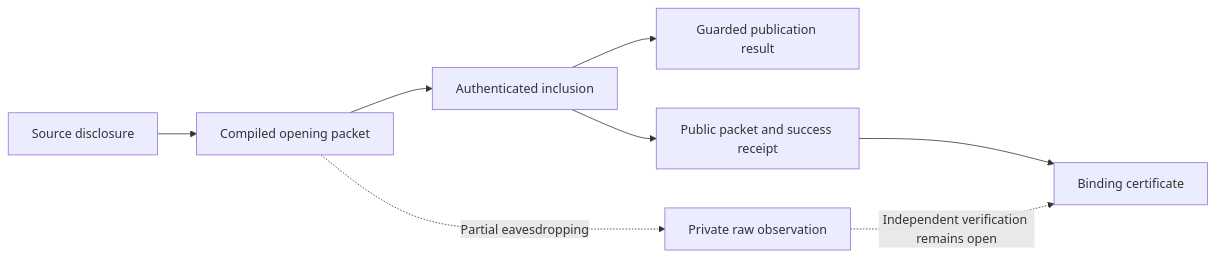
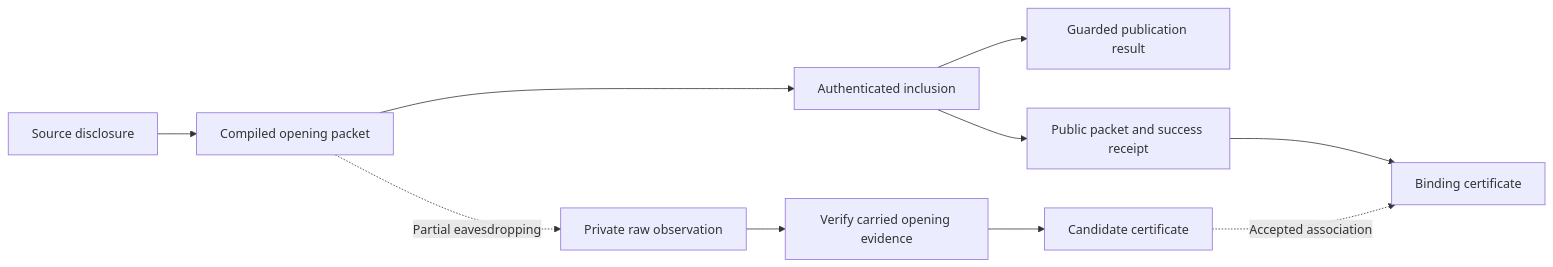
Before and after one commit to elazarg/VegasCore: the diagram in docs/ambient-communication.md, drawn with Mermaid. The commit also changed other lines of this file and 80 other files, not shown here.

````diff
--- a/docs/ambient-communication.md
+++ b/docs/ambient-communication.md
@@ -224,10 +224,12 @@
 ```mermaid
 flowchart LR
     A[Source disclosure] --> B[Compiled opening packet]
     B --> C[Authenticated inclusion]
     C --> D[Guarded publication result]
     C --> E[Public packet and success receipt]
     E --> F[Binding certificate]
     B -. Partial eavesdropping .-> G[Private raw observation]
-    G -. Independent verification remains open .-> F
+    G --> H[Verify carried opening evidence]
+    H --> I[Candidate certificate]
+    I -. Accepted association .-> F
 ```
````
